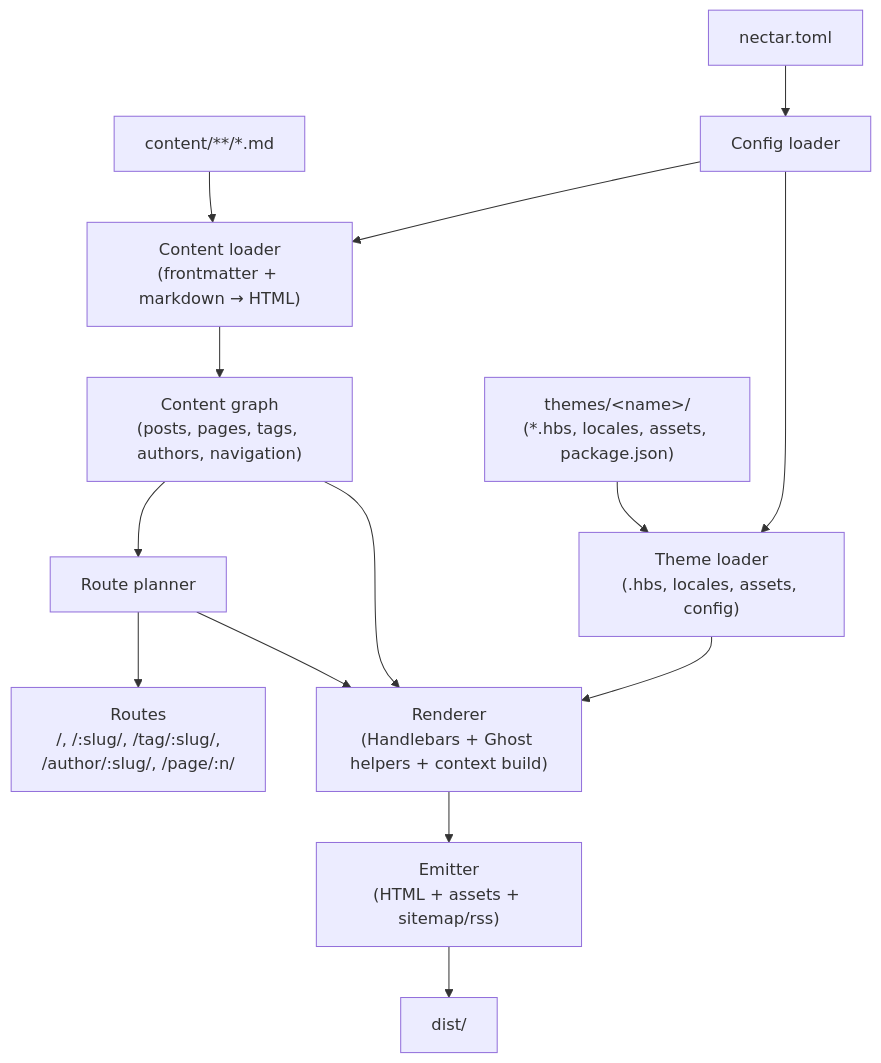
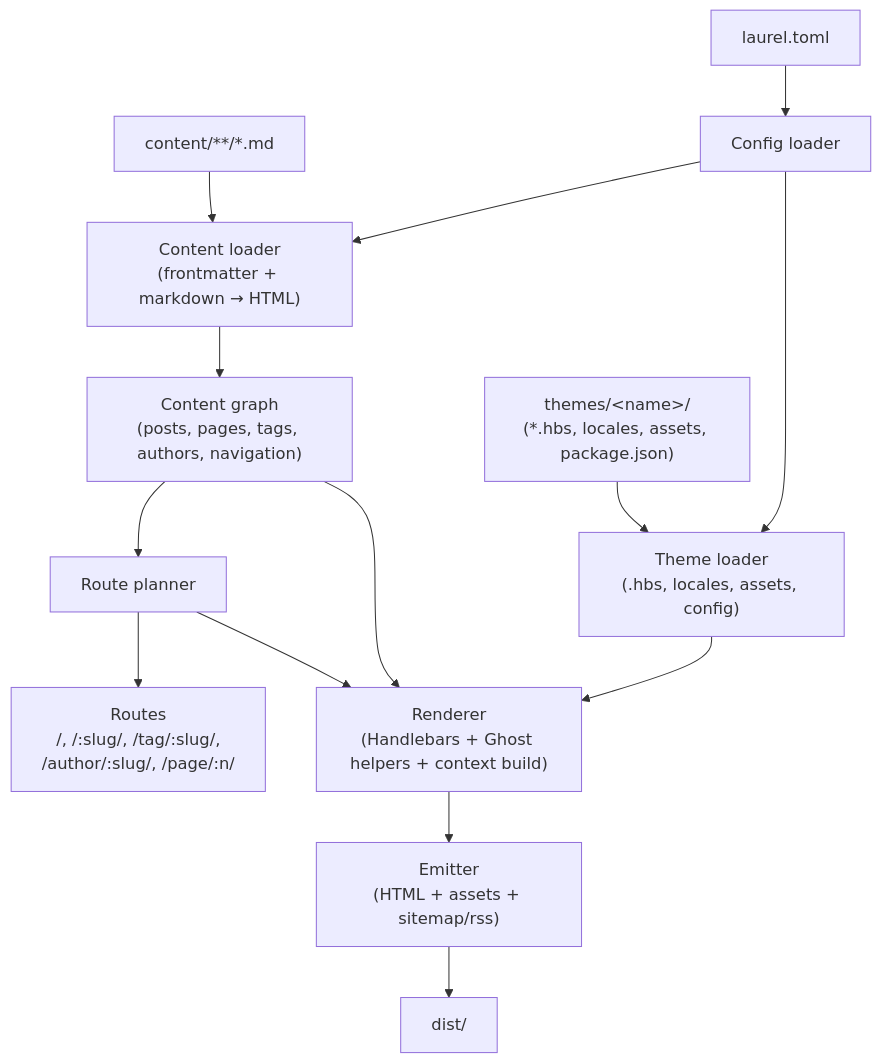
The diagram in docs/DESIGN.md (t09tanaka/laurel), drawn with Mermaid before and after one commit. The commit also changed other lines of this file and 674 other files, not shown here.

First line of the commit message:
refactor(rename): rename project from nectar to laurel (core)

````diff
--- a/docs/DESIGN.md
+++ b/docs/DESIGN.md
@@ -31,20 +31,20 @@
 ```mermaid
 flowchart TD
-    Config["nectar.toml"]
+    Config["laurel.toml"]
     Markdown["content/**/*.md"]
     Themes["themes/&lt;name&gt;/<br/>(*.hbs, locales, assets, package.json)"]
 
     Config --> ConfigLoader["Config loader"]
     ConfigLoader --> ContentLoader["Content loader<br/>(frontmatter + markdown → HTML)"]
     Markdown --> ContentLoader
     ContentLoader --> ContentGraph["Content graph<br/>(posts, pages, tags, authors, navigation)"]
     ContentGraph --> RoutePlanner["Route planner"]
     RoutePlanner --> Routes["Routes<br/>/, /:slug/, /tag/:slug/,<br/>/author/:slug/, /page/:n/"]
     ConfigLoader --> ThemeLoader["Theme loader<br/>(.hbs, locales, assets, config)"]
     Themes --> ThemeLoader
     ThemeLoader --> Renderer["Renderer<br/>(Handlebars + Ghost helpers + context build)"]
     ContentGraph --> Renderer
     RoutePlanner --> Renderer
     Renderer --> Emitter["Emitter<br/>(HTML + assets + sitemap/rss)"]
     Emitter --> Dist["dist/"]
 ```
````
